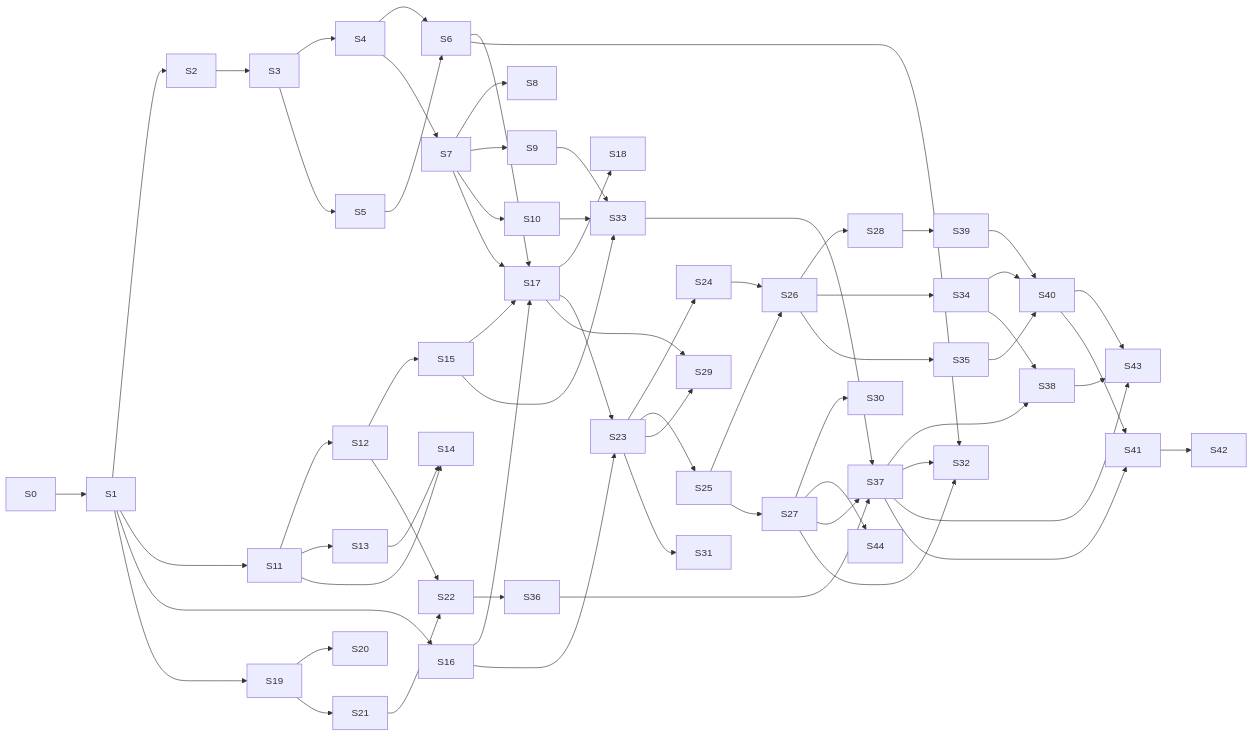
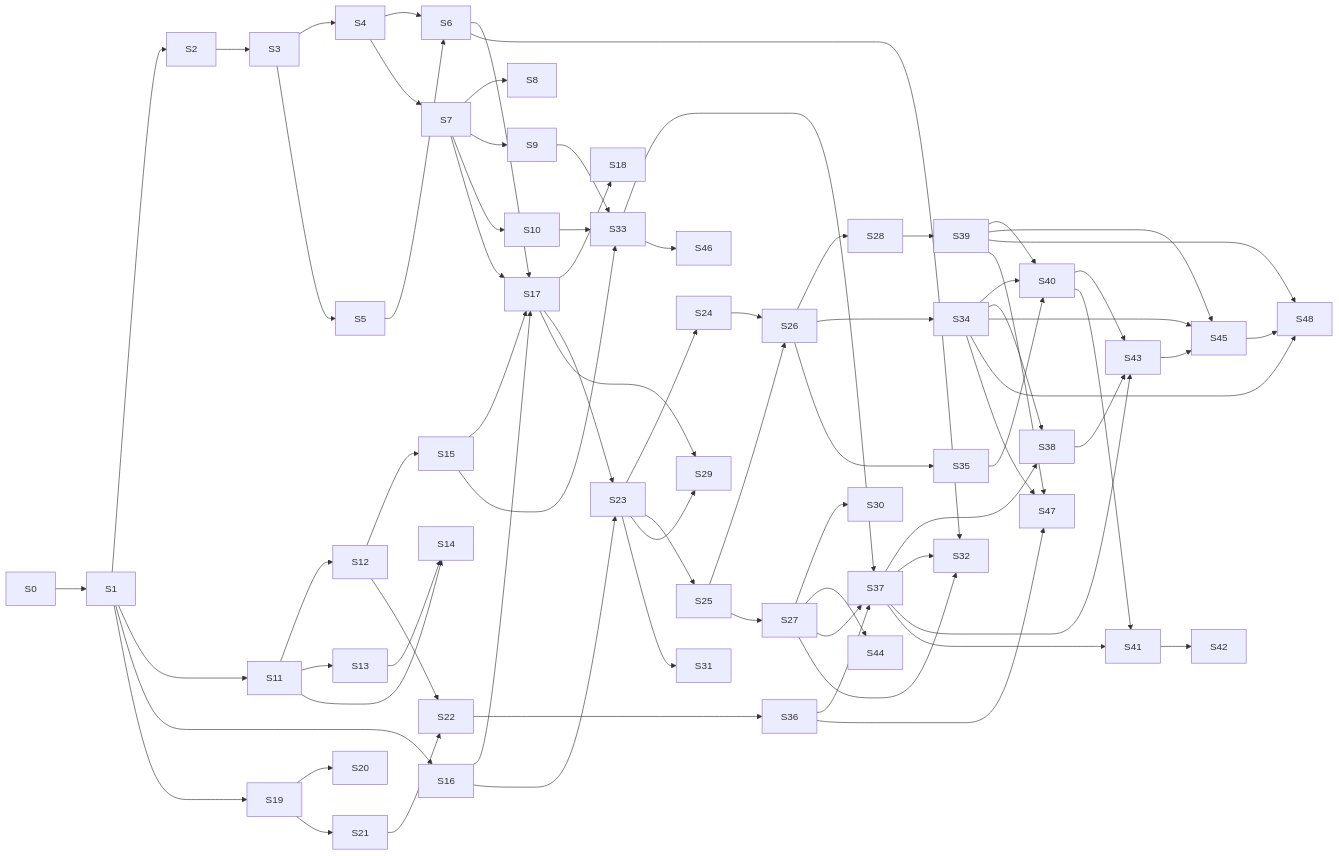
The diagram in IMPLEMENTATION_PLAN.md (flakesystems/PrismDMX), drawn with Mermaid before and after one commit. The commit also changed other lines of this file and 170 other files, not shown here.

````diff
--- a/IMPLEMENTATION_PLAN.md
+++ b/IMPLEMENTATION_PLAN.md
@@ -924,31 +1066,35 @@
 ```mermaid
 flowchart LR
     S0 --> S1 --> S2 --> S3 --> S4 --> S6
     S3 --> S5 --> S6
     S4 --> S7 --> S8
     S7 --> S9 & S10
     S1 --> S11 --> S12 & S13
     S11 --> S14
     S13 --> S14
     S12 --> S15
     S1 --> S16
     S6 & S7 & S15 & S16 --> S17 --> S18
     S1 --> S19 --> S20
     S19 --> S21
     S12 & S21 --> S22
     S16 & S17 --> S23 --> S24 & S25
     S24 & S25 --> S26 --> S28 & S34 & S35
     S25 --> S27 --> S30
     S27 --> S44
     S17 & S23 --> S29
     S23 --> S31
     S28 --> S39
     S39 & S34 & S35 --> S40
     S9 & S10 & S15 --> S33
     S22 --> S36
     S33 & S36 & S27 --> S37 --> S38
     S34 --> S38
     S6 & S27 & S37 --> S32
-    S37 & S40 & S38 --> S43
+    S37 & S40 & S38 --> S43 --> S45
+    S34 & S39 --> S45
+    S39 & S34 & S45 --> S48
+    S33 --> S46
+    S34 & S39 & S36 --> S47
     S37 & S40 --> S41 --> S42
 ```
````
